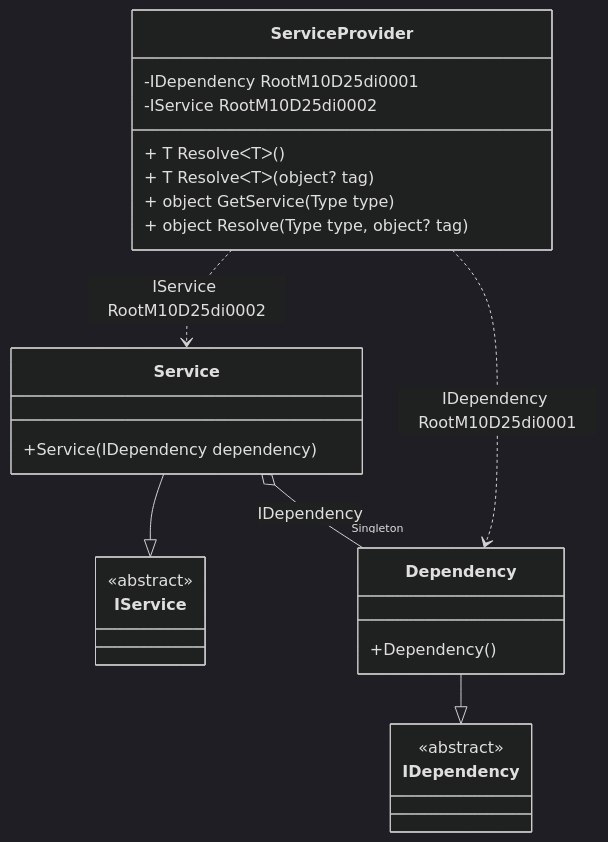
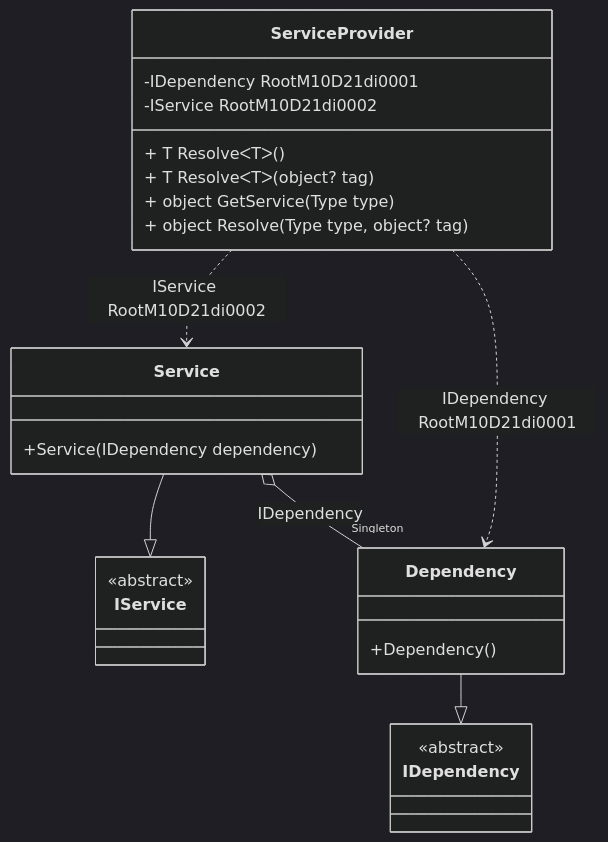
The diagram in readme/service-provider.md (DevTeam/Pure.DI), drawn with Mermaid (dark theme) before and after one commit. The commit also changed other lines of this file and 82 other files, not shown here.

````diff
--- a/readme/service-provider.md
+++ b/readme/service-provider.md
@@ -49,28 +49,28 @@
 ```mermaid
 classDiagram
   class ServiceProvider {
-    -IDependency RootM10D25di0001
-    -IService RootM10D25di0002
+    -IDependency RootM10D21di0001
+    -IService RootM10D21di0002
     + T ResolveᐸTᐳ()
     + T ResolveᐸTᐳ(object? tag)
     + object GetService(Type type)
     + object Resolve(Type type, object? tag)
   }
   Service --|> IService : 
   class Service {
     +Service(IDependency dependency)
   }
   Dependency --|> IDependency : 
   class Dependency {
     +Dependency()
   }
   class IService {
     <<abstract>>
   }
   class IDependency {
     <<abstract>>
   }
   Service o--  "Singleton" Dependency : IDependency
-  ServiceProvider ..> Dependency : IDependency RootM10D25di0001
-  ServiceProvider ..> Service : IService RootM10D25di0002
+  ServiceProvider ..> Dependency : IDependency RootM10D21di0001
+  ServiceProvider ..> Service : IService RootM10D21di0002
 ```
````
